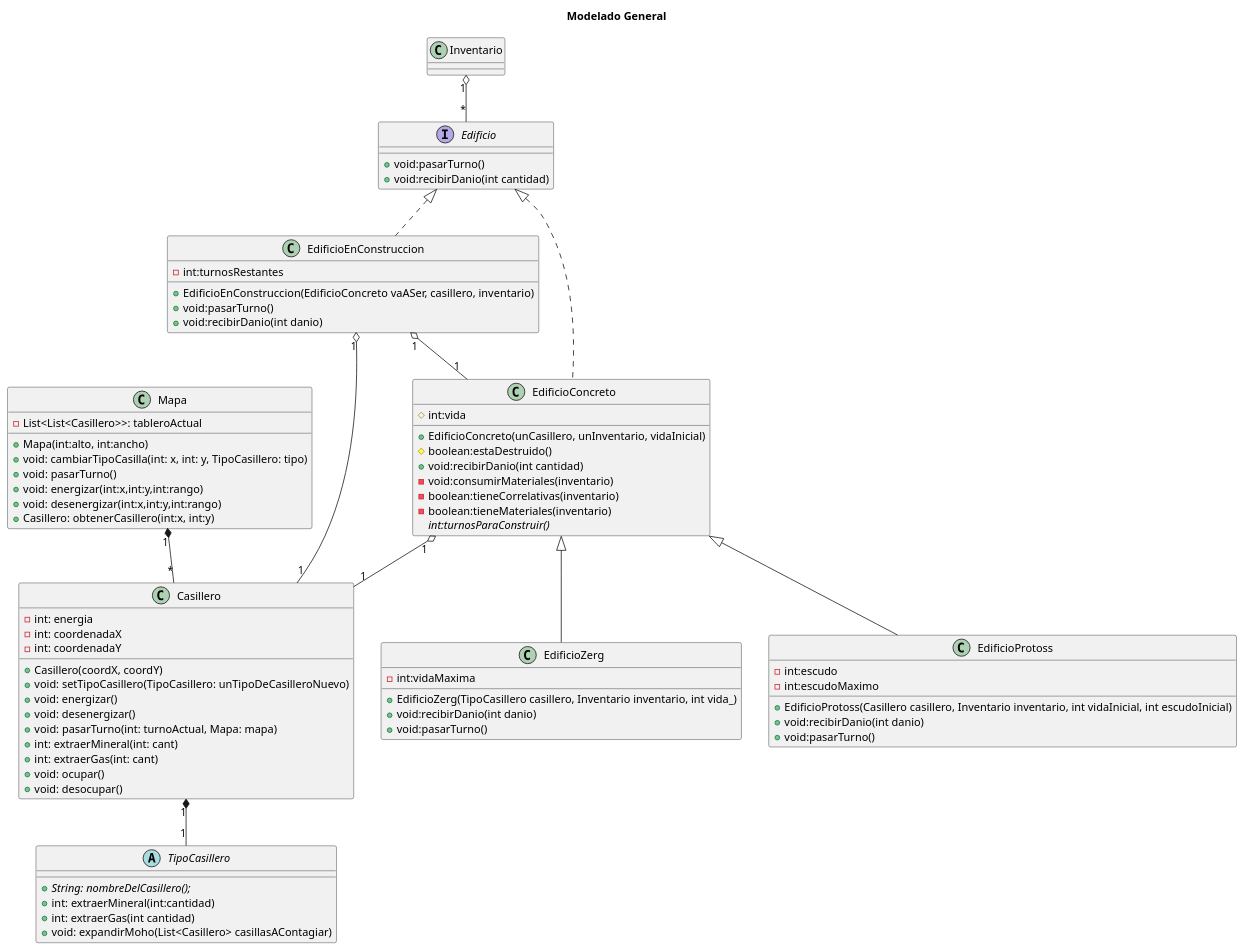
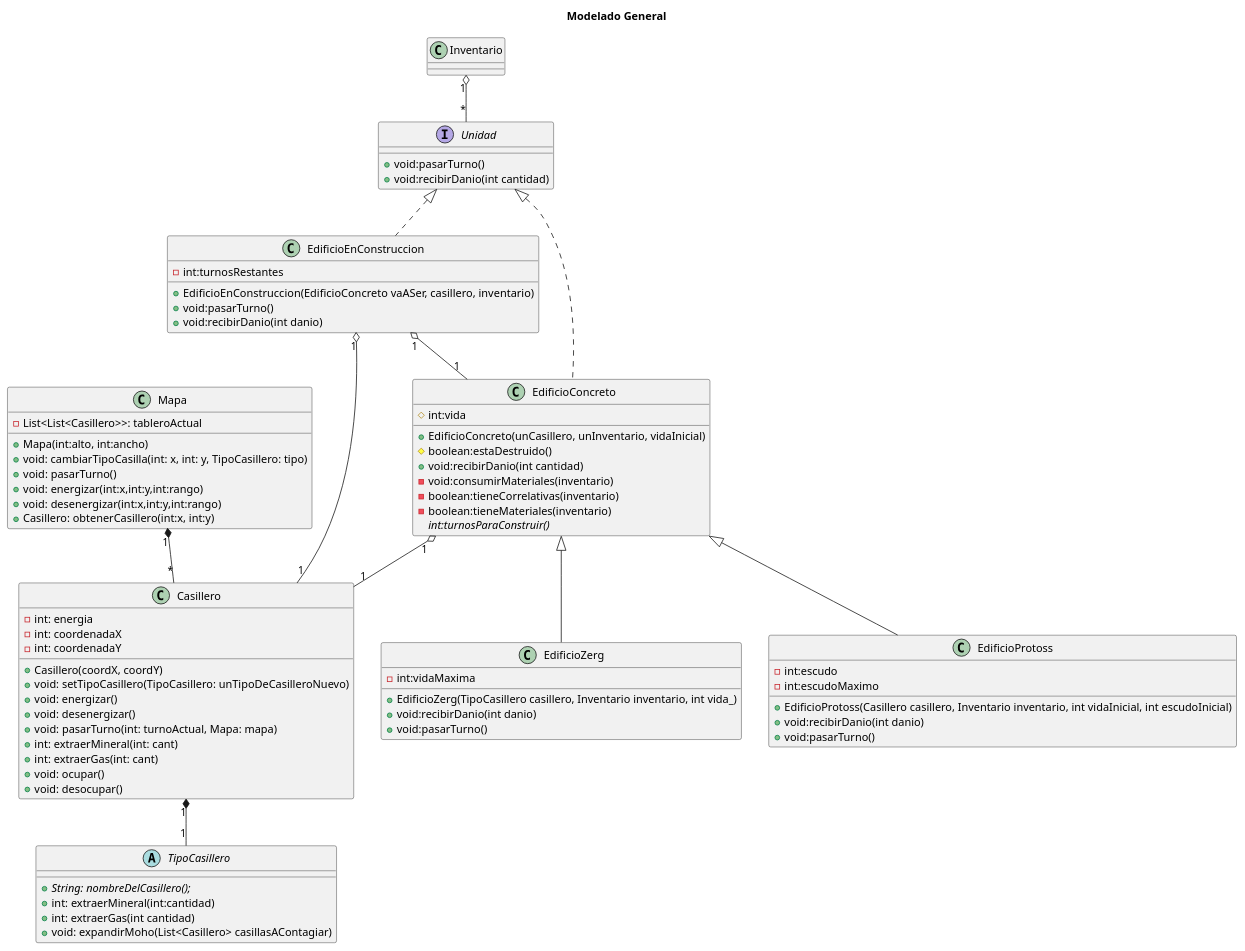
One commit to m-cabrerar/AlgoStar changed the diagram in diagrams/classes/modeloGeneral.plantuml. Above: the diagram before and after it, drawn with PlantUML. The commit also changed 17 other files, not shown here.

Commit message:
Edificio es Unidad, reemplazo en los test

```diff
--- a/diagrams/classes/modeloGeneral.plantuml
+++ b/diagrams/classes/modeloGeneral.plantuml
@@ -1,92 +1,92 @@
 @startuml
 title Modelado General
 
 class Mapa {
     -List<List<Casillero>>: tableroActual
     +Mapa(int:alto, int:ancho)
     +void: cambiarTipoCasilla(int: x, int: y, TipoCasillero: tipo)
     +void: pasarTurno()
     +void: energizar(int:x,int:y,int:rango)
     +void: desenergizar(int:x,int:y,int:rango)
     +Casillero: obtenerCasillero(int:x, int:y)
 }
 
 class Casillero {
  /'- TipoCasillero: tipoCasillero'/
  - int: energia
  - int: coordenadaX
  - int: coordenadaY
  + Casillero(coordX, coordY)
  + void: setTipoCasillero(TipoCasillero: unTipoDeCasilleroNuevo)
  + void: energizar()
  + void: desenergizar()
  + void: pasarTurno(int: turnoActual, Mapa: mapa)
  + int: extraerMineral(int: cant)
  + int: extraerGas(int: cant)
  + void: ocupar()
  + void: desocupar()
 }
 
 abstract class TipoCasillero{
  + {abstract}String: nombreDelCasillero();
  + int: extraerMineral(int:cantidad)
  + int: extraerGas(int cantidad)
  + void: expandirMoho(List<Casillero> casillasAContagiar)
 }
 
-interface Edificio {
+interface Unidad {
  + void:pasarTurno()
  + void:recibirDanio(int cantidad)
 }
 
 class EdificioConcreto {
  # int:vida
  /'# Casillero:casillero'/
  + EdificioConcreto(unCasillero, unInventario, vidaInicial)
  # boolean:estaDestruido()
  + void:recibirDanio(int cantidad)
  - void:consumirMateriales(inventario)
  - boolean:tieneCorrelativas(inventario)
  - boolean:tieneMateriales(inventario)
  {abstract} int:turnosParaConstruir()
 }
 
 class EdificioEnConstruccion{
- /'- Edificio:vaASer'/
+ /'- Unidad:vaASer'/
  /'- Casillero:casillero'/
  - int:turnosRestantes
  + EdificioEnConstruccion(EdificioConcreto vaASer, casillero, inventario)
  + void:pasarTurno()
  + void:recibirDanio(int danio)
 }
 
 class EdificioZerg{
  - int:vidaMaxima
  + EdificioZerg(TipoCasillero casillero, Inventario inventario, int vida_)
  + void:recibirDanio(int danio)
  + void:pasarTurno()
 }
 
 class EdificioProtoss{
  - int:escudo
  - int:escudoMaximo
  + EdificioProtoss(Casillero casillero, Inventario inventario, int vidaInicial, int escudoInicial)
  + void:recibirDanio(int danio)
  + void:pasarTurno()
 }
 
 class Inventario {
 
 }
 
-Edificio <|.. EdificioConcreto
-Edificio <|.. EdificioEnConstruccion
+Unidad <|.. EdificioConcreto
+Unidad <|.. EdificioEnConstruccion
 EdificioConcreto <|-- EdificioZerg
 EdificioConcreto <|-- EdificioProtoss
 EdificioEnConstruccion "1" o-- "1" EdificioConcreto
 EdificioEnConstruccion "1" o-- "1" Casillero
 EdificioConcreto "1" o-- "1" Casillero
 Mapa "1" *-- "*" Casillero
 Casillero "1" *-- "1" TipoCasillero
-Inventario "1" o-- "*" Edificio
+Inventario "1" o-- "*" Unidad
 @enduml
```
